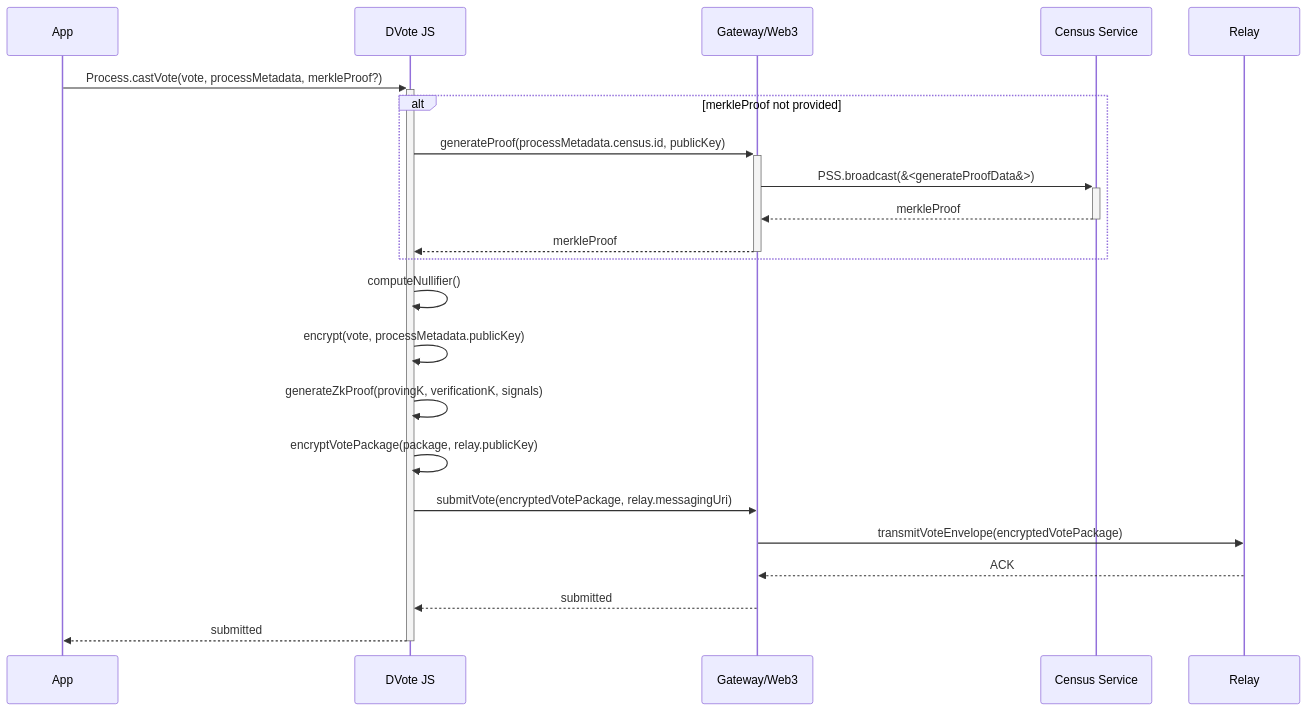
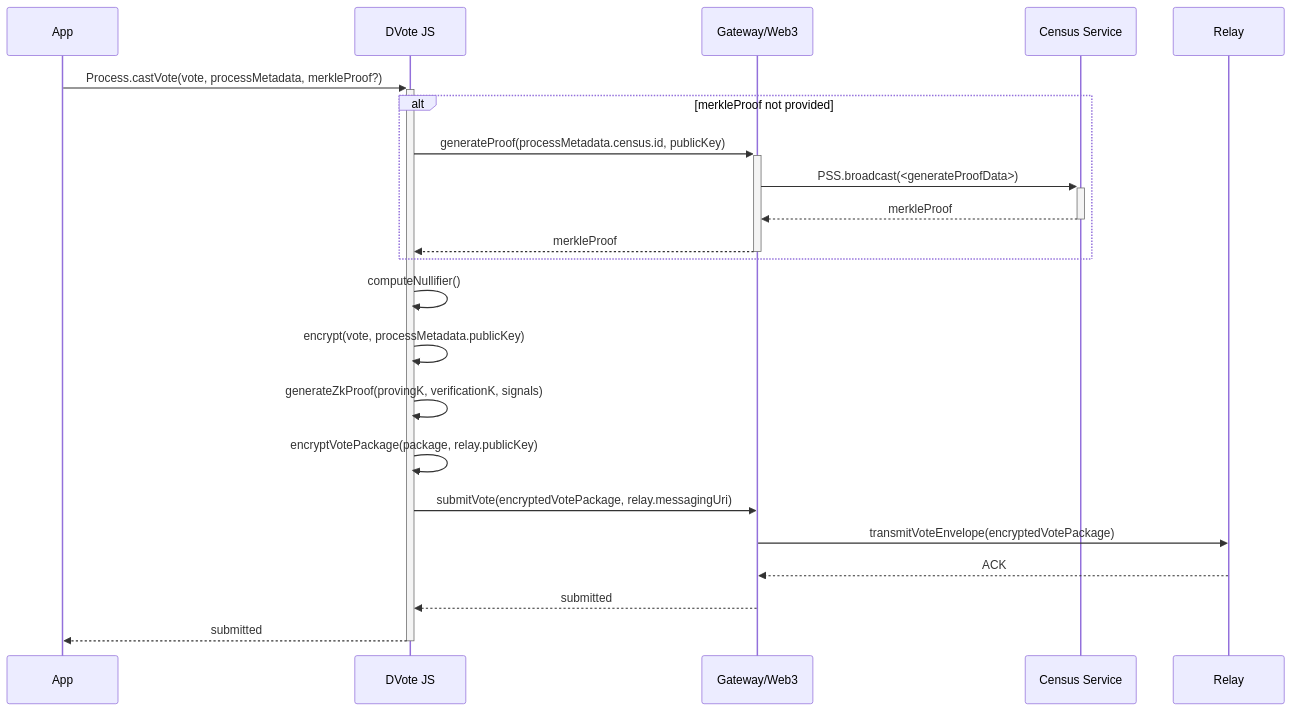
One commit to vocdoni/docs changed the tenth of 15 diagrams in docs/architecture/sequence-diagrams.md. Above: the diagram before and after it, drawn with Mermaid. The commit also changed other lines of this file and 1 other file, not shown here.

````diff
--- a/docs/architecture/sequence-diagrams.md
+++ b/docs/architecture/sequence-diagrams.md
@@ -464,39 +464,39 @@
 ```mermaid
 sequenceDiagram
 
     participant App
     participant DV as DVote JS
     participant GW as Gateway/Web3
     participant CS as Census Service
     participant RL as Relay
 
     App->>+DV: Process.castVote(vote, processMetadata, merkleProof?)
 
         alt merkleProof not provided
 
             DV->>+GW: generateProof(processMetadata.census.id, publicKey)
 
-            GW->>+CS: PSS.broadcast(&#60;generateProofData&#62;)
+            GW->>+CS: PSS.broadcast(#60;generateProofData#62;)
             CS-->>-GW: merkleProof
 
             GW-->>-DV: merkleProof
 
         end
 
         DV->>DV: computeNullifier()
 
         DV->>DV: encrypt(vote, processMetadata.publicKey)
 
         DV->>DV: generateZkProof(provingK, verificationK, signals)
 
         DV->>DV: encryptVotePackage(package, relay.publicKey)
 
         DV->>GW: submitVote(encryptedVotePackage, relay.messagingUri)
 
             GW->>RL: transmitVoteEnvelope(encryptedVotePackage)
             RL-->>GW: ACK
 
         GW-->>DV: submitted
 
     DV-->>-App: submitted
 ```
````
